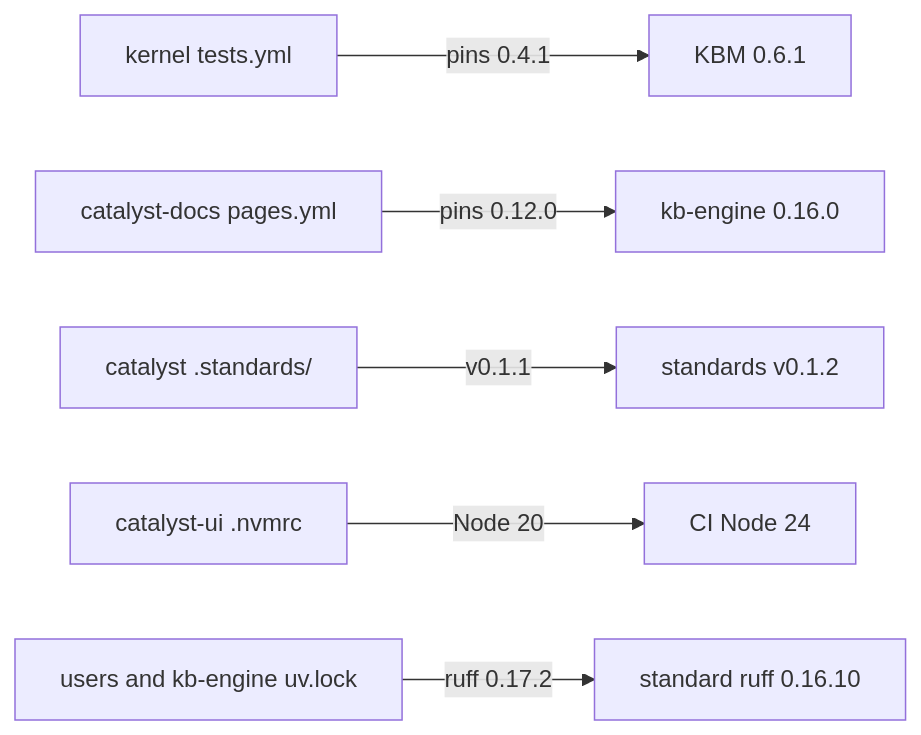
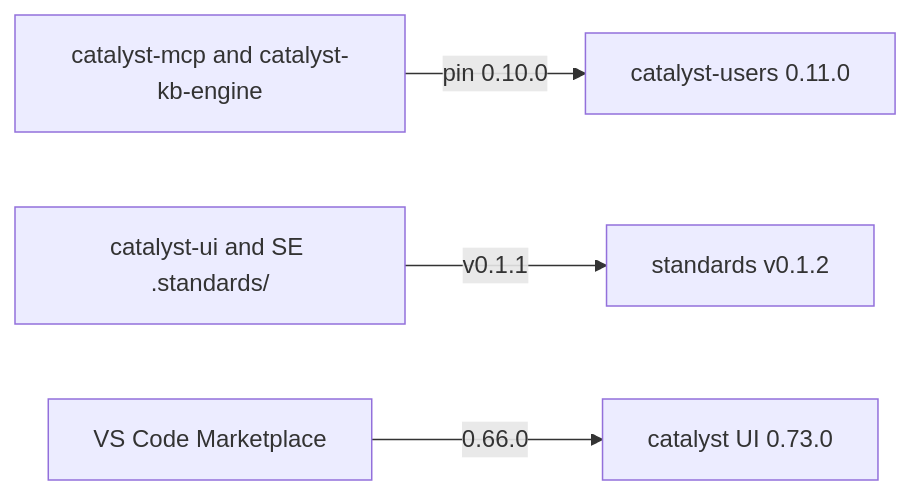
Before and after one commit to cantica-tech/catalyst-docs: diagram 11 of 12 in docs/guide/manual/80-oddities.md, drawn with Mermaid. The commit also changed other lines of this file and 9 other files, not shown here.

````diff
--- a/docs/guide/manual/80-oddities.md
+++ b/docs/guide/manual/80-oddities.md
@@ -455,8 +483,6 @@
 ```mermaid
 flowchart LR
-    t["kernel tests.yml"] -->|"pins 0.4.1"| kbm["KBM 0.6.1"]
-    p["catalyst-docs pages.yml"] -->|"pins 0.12.0"| eng["kb-engine 0.16.0"]
-    s["catalyst .standards/"] -->|"v0.1.1"| std["standards v0.1.2"]
-    n["catalyst-ui .nvmrc"] -->|"Node 20"| node["CI Node 24"]
-    r["users and kb-engine uv.lock"] -->|"ruff 0.17.2"| ruff["standard ruff 0.16.10"]
+    m["catalyst-mcp and catalyst-kb-engine"] -->|"pin 0.10.0"| cu["catalyst-users 0.11.0"]
+    s["catalyst-ui and SE .standards/"] -->|"v0.1.1"| std["standards v0.1.2"]
+    mk["VS Code Marketplace"] -->|"0.66.0"| ui["catalyst UI 0.73.0"]
 ```
````
